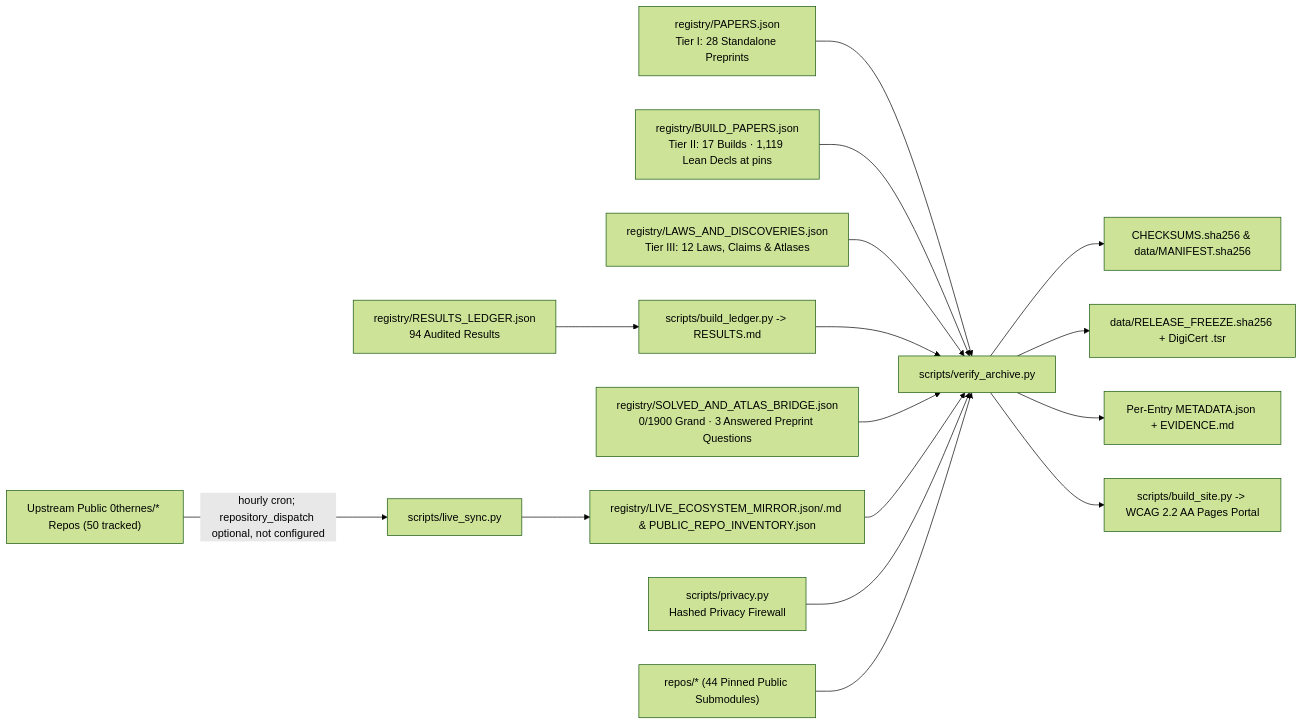
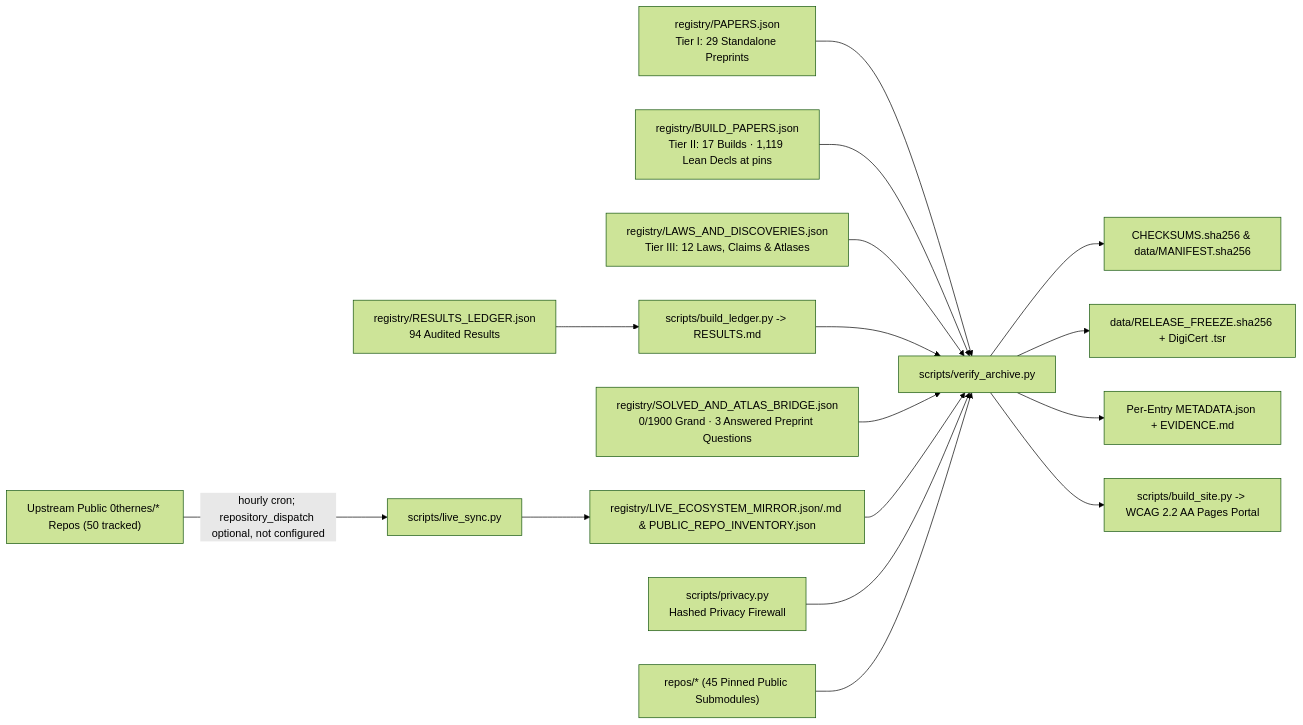
One commit to 0thernes/0thernes-research-archive changed the diagram in docs/architecture.md. Above: the diagram before and after it, drawn with Mermaid (forest theme). The commit also changed other lines of this file and 23 other files, not shown here.

````diff
--- a/docs/architecture.md
+++ b/docs/architecture.md
@@ -5,18 +5,18 @@
 ```mermaid
 flowchart LR
     UP["Upstream Public 0thernes/* Repos (50 tracked)"] -->|hourly cron; repository_dispatch optional, not configured| LS["scripts/live_sync.py"]
-    R1["registry/PAPERS.json<br/>Tier I: 28 Standalone Preprints"] --> V["scripts/verify_archive.py"]
+    R1["registry/PAPERS.json<br/>Tier I: 29 Standalone Preprints"] --> V["scripts/verify_archive.py"]
     R2["registry/BUILD_PAPERS.json<br/>Tier II: 17 Builds · 1,119 Lean Decls at pins"] --> V
     R3["registry/LAWS_AND_DISCOVERIES.json<br/>Tier III: 12 Laws, Claims & Atlases"] --> V
     RL["registry/RESULTS_LEDGER.json<br/>94 Audited Results"] --> BL["scripts/build_ledger.py -> RESULTS.md"]
     BL --> V
     BR["registry/SOLVED_AND_ATLAS_BRIDGE.json<br/>0/1900 Grand · 3 Answered Preprint Questions"] --> V
     LS --> LM["registry/LIVE_ECOSYSTEM_MIRROR.json/.md & PUBLIC_REPO_INVENTORY.json"]
     LM --> V
     PR["scripts/privacy.py<br/>Hashed Privacy Firewall"] --> V
-    S["repos/* (44 Pinned Public Submodules)"] --> V
+    S["repos/* (45 Pinned Public Submodules)"] --> V
     V --> C["CHECKSUMS.sha256 & data/MANIFEST.sha256"]
     V --> FZ["data/RELEASE_FREEZE.sha256 + DigiCert .tsr"]
     V --> D["Per-Entry METADATA.json + EVIDENCE.md"]
     V --> P["scripts/build_site.py -> WCAG 2.2 AA Pages Portal"]
 ```
````
